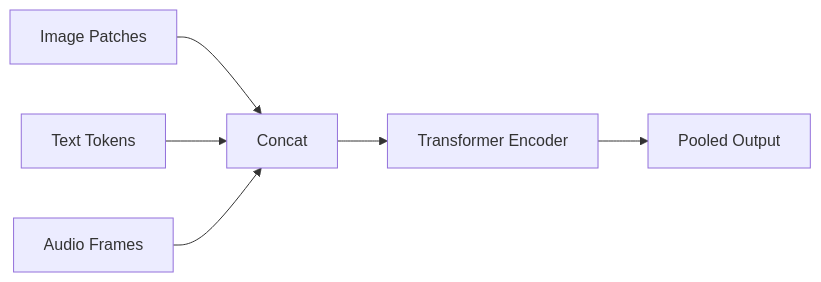
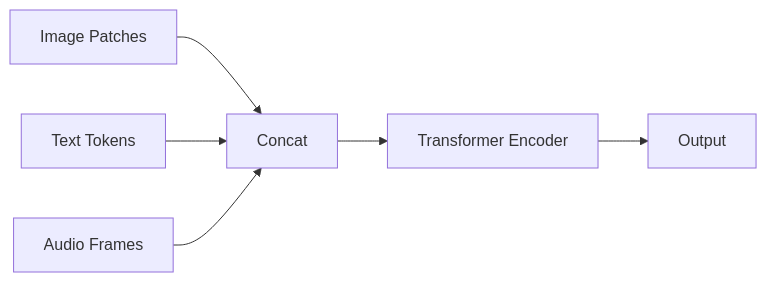
The sixth of 7 diagrams in content/blog/embedding.mdx (htang7415/Hao_Tang_Personal_website), drawn with Mermaid before and after one commit. The commit also changed other lines of this file and 2 other files, not shown here.

````diff
--- a/content/blog/embedding.mdx
+++ b/content/blog/embedding.mdx
@@ -332,8 +487,8 @@
 ```mermaid
 graph LR
     A[Image Patches] --> D[Concat]
     B[Text Tokens] --> D
     C[Audio Frames] --> D
     D --> E[Transformer Encoder]
-    E --> F[Pooled Output]
+    E --> F[Output]
 ```
````
